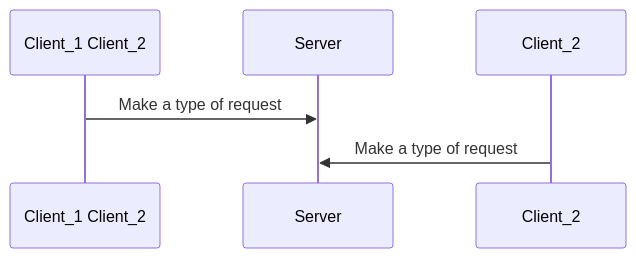
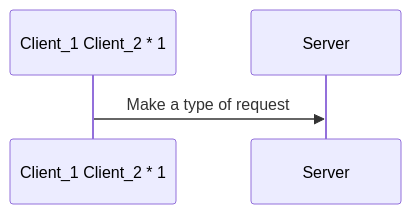
One commit to laize-loucia/movie_booking changed the first of 3 diagrams in README.md. Above: the diagram before and after it, drawn with Mermaid.

````diff
--- a/README.md
+++ b/README.md
@@ -7,6 +7,4 @@
 ```mermaid
 sequenceDiagram
-    Client_1 Client_2->>Server: Make a type of request
-    Client_2->>Server: Make a type of request
-
+    Client_1 Client_2 * 1->>Server: Make a type of request
 ```
````
